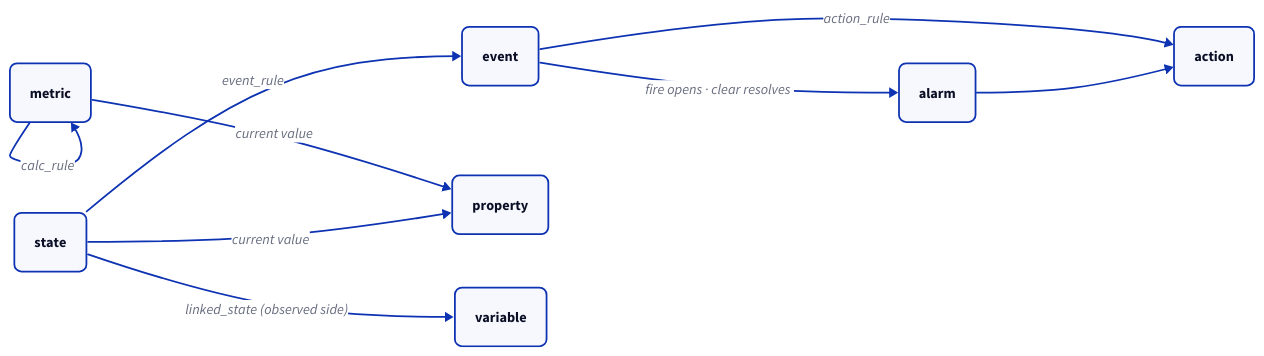
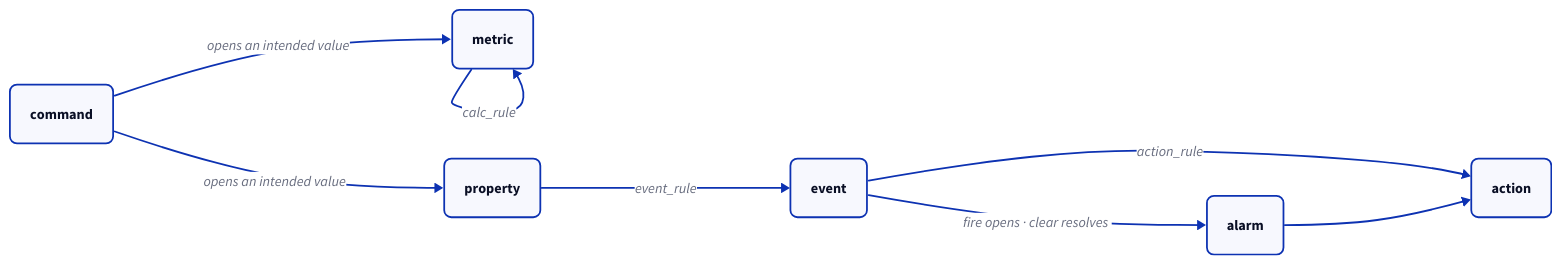
The diagram in docs/src/content/docs/architecture/storage.md (hyperscaleav/omniglass), drawn with D2 before and after one commit. The commit also changed other lines of this file and 182 other files, not shown here.

````diff
--- a/docs/src/content/docs/architecture/storage.md
+++ b/docs/src/content/docs/architecture/storage.md
@@ -61,19 +63,17 @@
 ```d2
 direction: right
 classes: { node: { style.border-radius: 8 } }
 metric: metric { class: node }
-state: state { class: node }
+property: property { class: node }
 event: event { class: node }
 alarm: alarm { class: node }
 action: action { class: node }
-property: property { class: node }
-variable: variable { class: node }
+command: command { class: node }
 metric -> metric: calc_rule
-state -> event: event_rule
+property -> event: event_rule
 event -> alarm: fire opens · clear resolves
 event -> action: action_rule
 alarm -> action
-metric -> property: current value
-state -> property: current value
-state -> variable: linked_state (observed side)
+command -> property: opens an intended value
+command -> metric: opens an intended value
 ```
````
